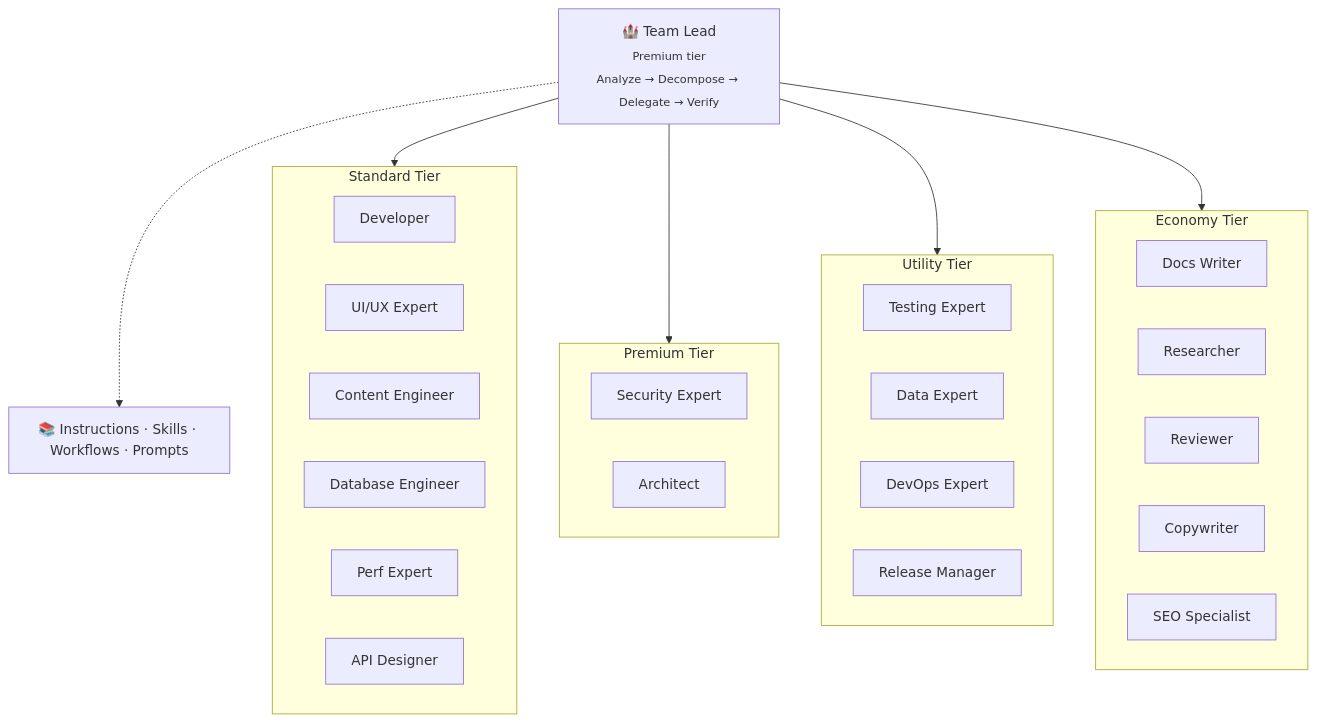
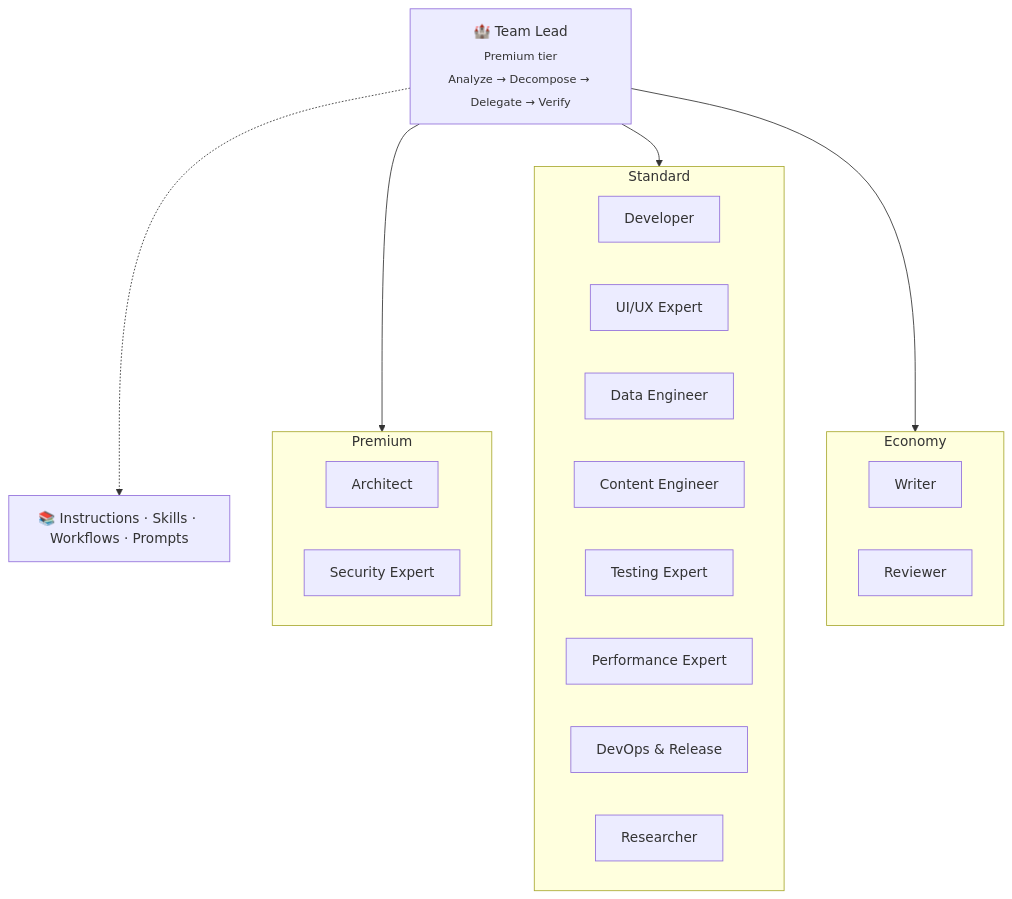
The first of 2 diagrams in ARCHITECTURE.md (monkilabs/opencastle), drawn with Mermaid before and after one commit. The commit also changed other lines of this file and 54 other files, not shown here.

````diff
--- a/ARCHITECTURE.md
+++ b/ARCHITECTURE.md
@@ -16,41 +16,32 @@
 ```mermaid
 graph TB
     TL["🏰 Team Lead<br/><sub>Premium tier</sub><br/><sub>Analyze → Decompose → Delegate → Verify</sub>"]
 
-    subgraph Standard["Standard Tier"]
+    subgraph Premium["Premium"]
+        ARCH[Architect]
+        SEC[Security Expert]
+    end
+
+    subgraph Standard["Standard"]
         DEV[Developer]
         UI[UI/UX Expert]
+        DATA[Data Engineer]
         CE[Content Engineer]
-        DB[Database Engineer]
-        PERF[Perf Expert]
-        API[API Designer]
+        TEST[Testing Expert]
+        PERF[Performance Expert]
+        OPS[DevOps &amp; Release]
+        RES[Researcher]
     end
 
-    subgraph Premium["Premium Tier"]
-        SEC[Security Expert]
-        ARCH[Architect]
+    subgraph Economy["Economy"]
+        WRITE[Writer]
+        REV[Reviewer]
     end
 
-    subgraph Utility["Utility Tier"]
-        TEST[Testing Expert]
-        DATA[Data Expert]
-        DEVOPS[DevOps Expert]
-        RM[Release Manager]
-    end
-
-    subgraph Economy["Economy Tier"]
-        DOCS[Docs Writer]
-        RES[Researcher]
-        REV[Reviewer]
-        COPY[Copywriter]
-        SEO[SEO Specialist]
-    end
-
+    TL --> Premium
     TL --> Standard
-    TL --> Premium
-    TL --> Utility
     TL --> Economy
 
     KB["📚 Instructions · Skills · Workflows · Prompts"]
     TL -.-> KB
 ```
````
